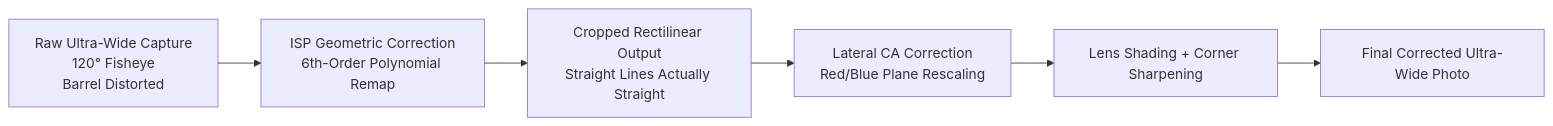
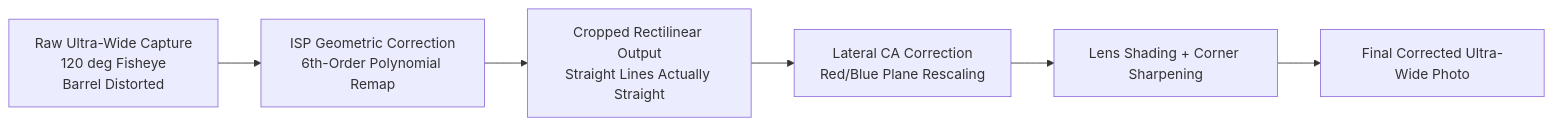
One commit to zoozooll/AndroidCameraParameters changed the fifth of 7 diagrams in website/docs/camera2/what-can-modern-smartphone-cameras-do.md. Above: the diagram before and after it, drawn with Mermaid. The commit also changed other lines of this file and 378 other files, not shown here.

````diff
--- a/website/docs/camera2/what-can-modern-smartphone-cameras-do.md
+++ b/website/docs/camera2/what-can-modern-smartphone-cameras-do.md
@@ -154,8 +154,8 @@
 ```mermaid
 flowchart LR
-    A[Raw Ultra-Wide Capture\n120° Fisheye\nBarrel Distorted] --> B[ISP Geometric Correction\n6th-Order Polynomial Remap]
-    B --> C[Cropped Rectilinear Output\nStraight Lines Actually Straight]
-    C --> D[Lateral CA Correction\nRed/Blue Plane Rescaling]
-    D --> E[Lens Shading + Corner Sharpening]
-    E --> F[Final Corrected Ultra-Wide Photo]
+    A["Raw Ultra-Wide Capture<br/>120 deg Fisheye<br/>Barrel Distorted"] --> B["ISP Geometric Correction<br/>6th-Order Polynomial Remap"]
+    B --> C["Cropped Rectilinear Output<br/>Straight Lines Actually Straight"]
+    C --> D["Lateral CA Correction<br/>Red/Blue Plane Rescaling"]
+    D --> E["Lens Shading + Corner Sharpening"]
+    E --> F["Final Corrected Ultra-Wide Photo"]
 ```
````
